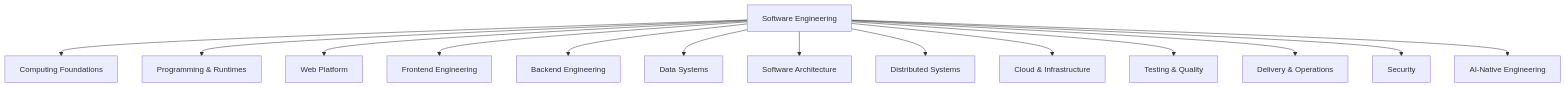
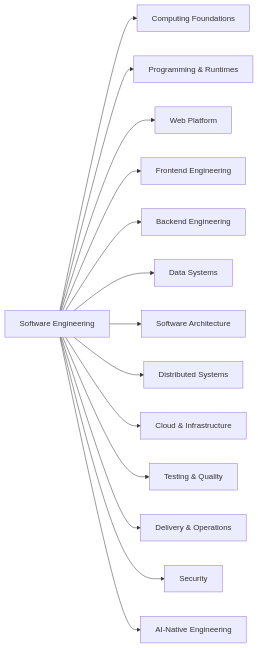
One commit to thucne/software-development-atlas changed the diagram in content/docs/start-here/software-engineering-map.mdx. Above: the diagram before and after it, drawn with Mermaid. The commit also changed 2 other files, not shown here.

Commit message:
fix: make Mermaid diagrams readable and zoomable (#12)
Add shared zoom/reset controls to Mermaid diagrams, override Mermaid's intrinsic max-width during zoom, and make the Software Engineering Map readable by default with a less horizontally dense layout.

````diff
--- a/content/docs/start-here/software-engineering-map.mdx
+++ b/content/docs/start-here/software-engineering-map.mdx
@@ -41,16 +41,16 @@
 ```mermaid
-graph TD
+graph LR
   A[Software Engineering] --> CF[Computing Foundations]
   A --> PR[Programming & Runtimes]
   A --> WP[Web Platform]
   A --> FE[Frontend Engineering]
   A --> BE[Backend Engineering]
   A --> DS[Data Systems]
   A --> SA[Software Architecture]
   A --> DIST[Distributed Systems]
   A --> CI[Cloud & Infrastructure]
   A --> TQ[Testing & Quality]
   A --> DO[Delivery & Operations]
   A --> SEC[Security]
   A --> AI[AI-Native Engineering]
 ```
````
